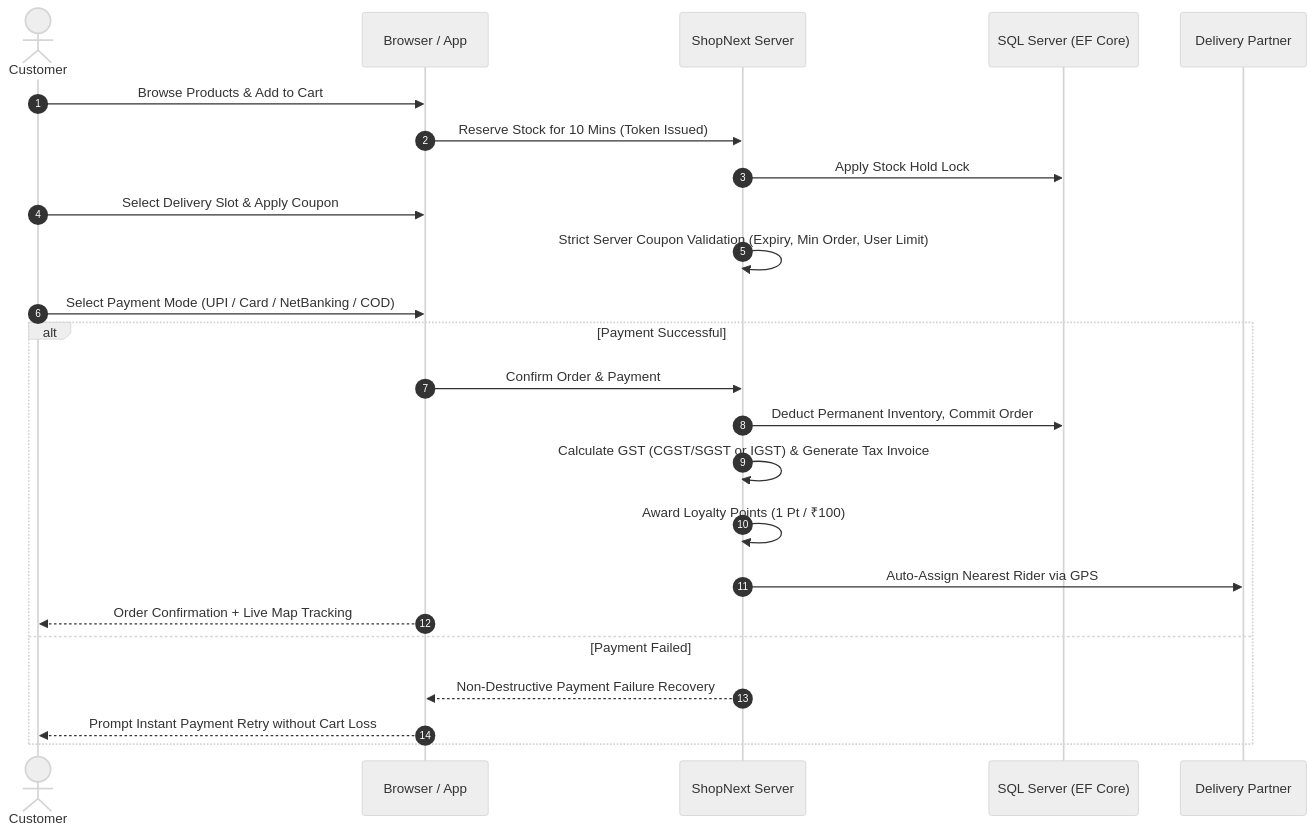
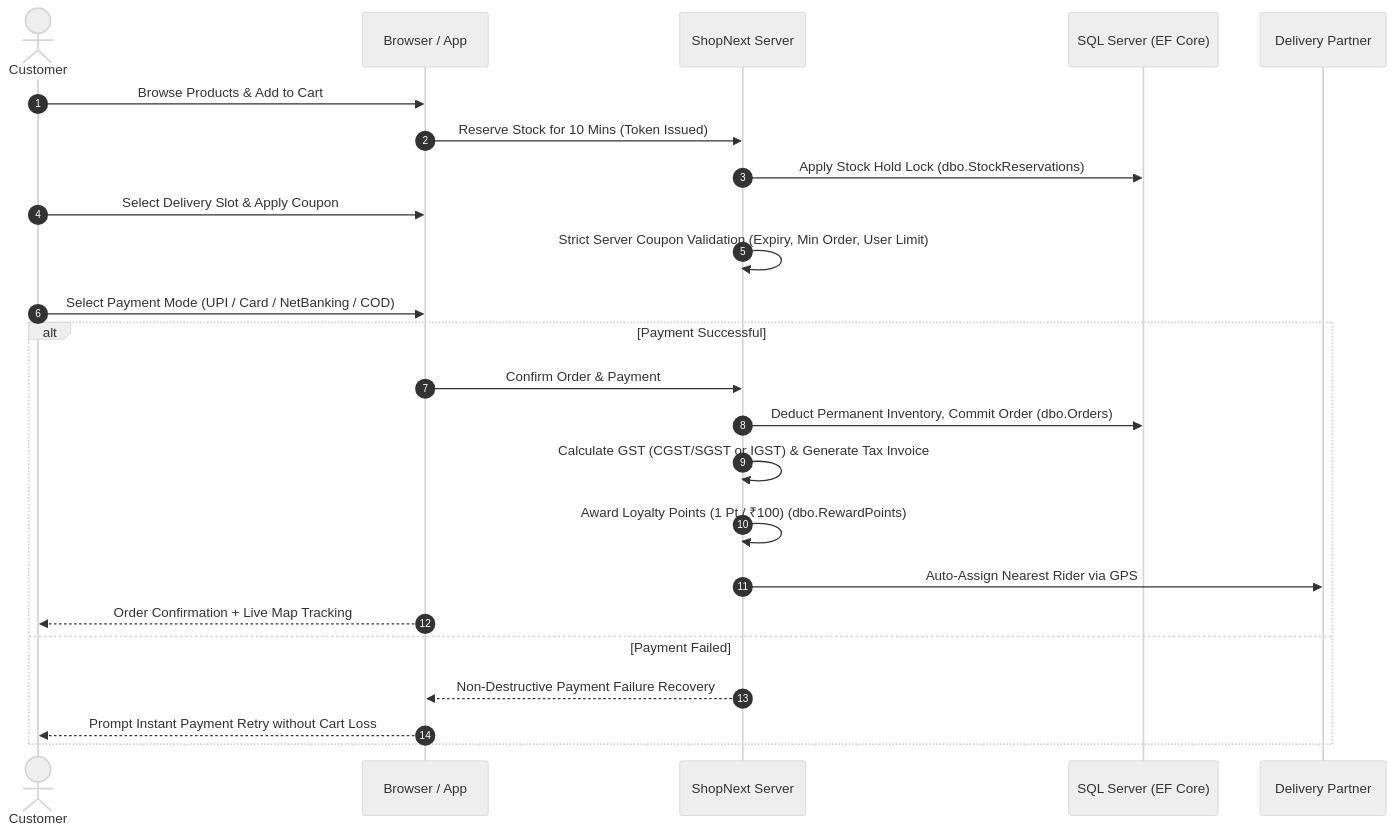
The first of 7 diagrams in ShopNext/WORKFLOW.md (pra2011shant/ShopNext), drawn with Mermaid (neutral theme) before and after one commit. The commit also changed other lines of this file and 2 other files, not shown here.

````diff
--- a/ShopNext/WORKFLOW.md
+++ b/ShopNext/WORKFLOW.md
@@ -9,28 +9,28 @@
 ```mermaid
 sequenceDiagram
     autonumber
     actor Customer
     participant UI as Browser / App
     participant Engine as ShopNext Server
     participant DB as SQL Server (EF Core)
     participant Rider as Delivery Partner
 
     Customer->>UI: Browse Products & Add to Cart
     UI->>Engine: Reserve Stock for 10 Mins (Token Issued)
-    Engine->>DB: Apply Stock Hold Lock
+    Engine->>DB: Apply Stock Hold Lock (dbo.StockReservations)
     Customer->>UI: Select Delivery Slot & Apply Coupon
     Engine->>Engine: Strict Server Coupon Validation (Expiry, Min Order, User Limit)
     Customer->>UI: Select Payment Mode (UPI / Card / NetBanking / COD)
     
     alt Payment Successful
         UI->>Engine: Confirm Order & Payment
-        Engine->>DB: Deduct Permanent Inventory, Commit Order
+        Engine->>DB: Deduct Permanent Inventory, Commit Order (dbo.Orders)
         Engine->>Engine: Calculate GST (CGST/SGST or IGST) & Generate Tax Invoice
-        Engine->>Engine: Award Loyalty Points (1 Pt / ₹100)
+        Engine->>Engine: Award Loyalty Points (1 Pt / ₹100) (dbo.RewardPoints)
         Engine->>Rider: Auto-Assign Nearest Rider via GPS
         UI-->>Customer: Order Confirmation + Live Map Tracking
     else Payment Failed
         Engine-->>UI: Non-Destructive Payment Failure Recovery
         UI-->>Customer: Prompt Instant Payment Retry without Cart Loss
     end
 ```
````
